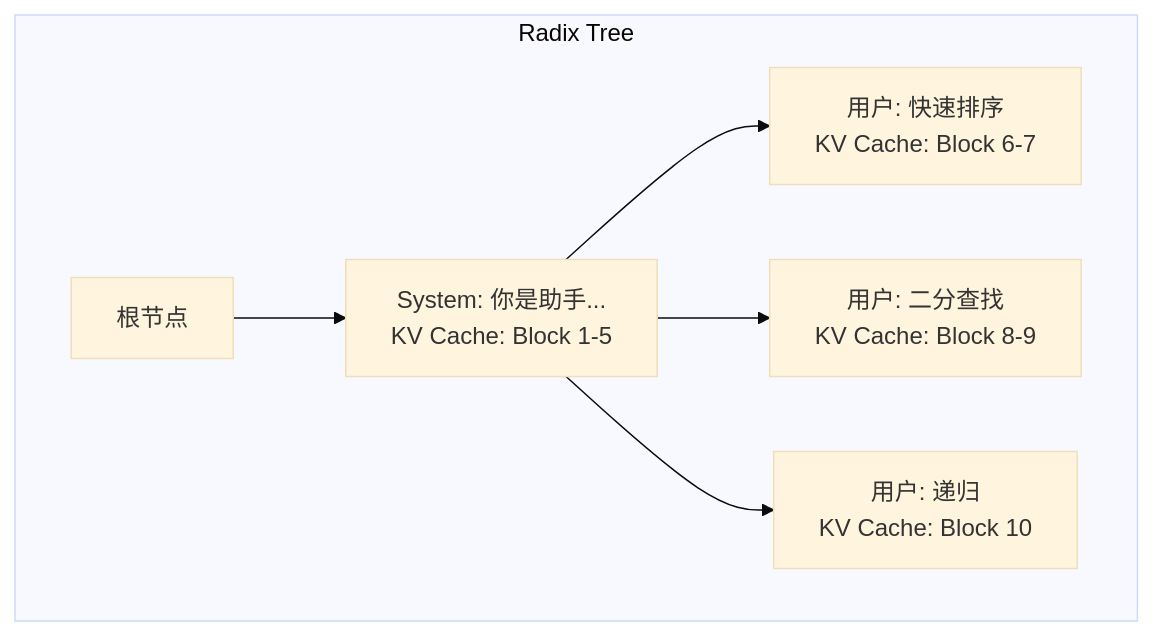
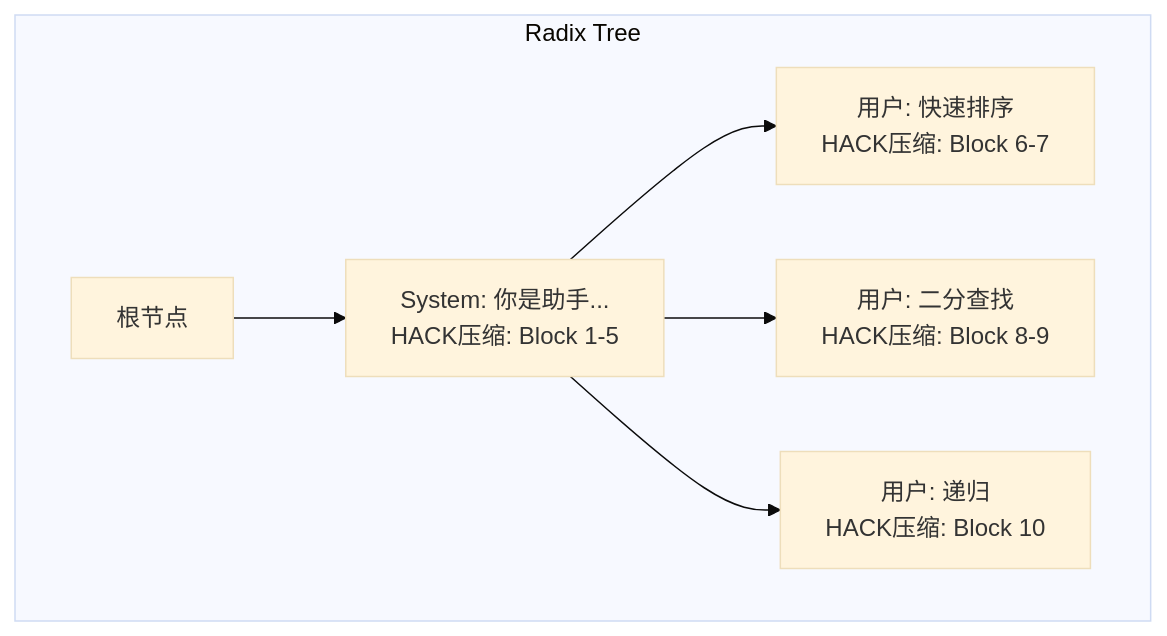
One commit to Xunzhuo/mini-sglang changed the second of 5 diagrams in learning/website/docs/basics/18-radix-attention.md. Above: the diagram before and after it, drawn with Mermaid (base theme). The commit also changed other lines of this file and 9 other files, not shown here.

````diff
--- a/learning/website/docs/basics/18-radix-attention.md
+++ b/learning/website/docs/basics/18-radix-attention.md
@@ -127,9 +140,9 @@
 ```mermaid
 graph TB
     subgraph Radix Tree
-        R[根节点] --> S["System: 你是助手...<br>KV Cache: Block 1-5"]
-        S --> Q1["用户: 快速排序<br>KV Cache: Block 6-7"]
-        S --> Q2["用户: 二分查找<br>KV Cache: Block 8-9"]
-        S --> Q3["用户: 递归<br>KV Cache: Block 10"]
+        R[根节点] --> S["System: 你是助手...<br>HACK压缩: Block 1-5"]
+        S --> Q1["用户: 快速排序<br>HACK压缩: Block 6-7"]
+        S --> Q2["用户: 二分查找<br>HACK压缩: Block 8-9"]
+        S --> Q3["用户: 递归<br>HACK压缩: Block 10"]
     end
 ```
````
